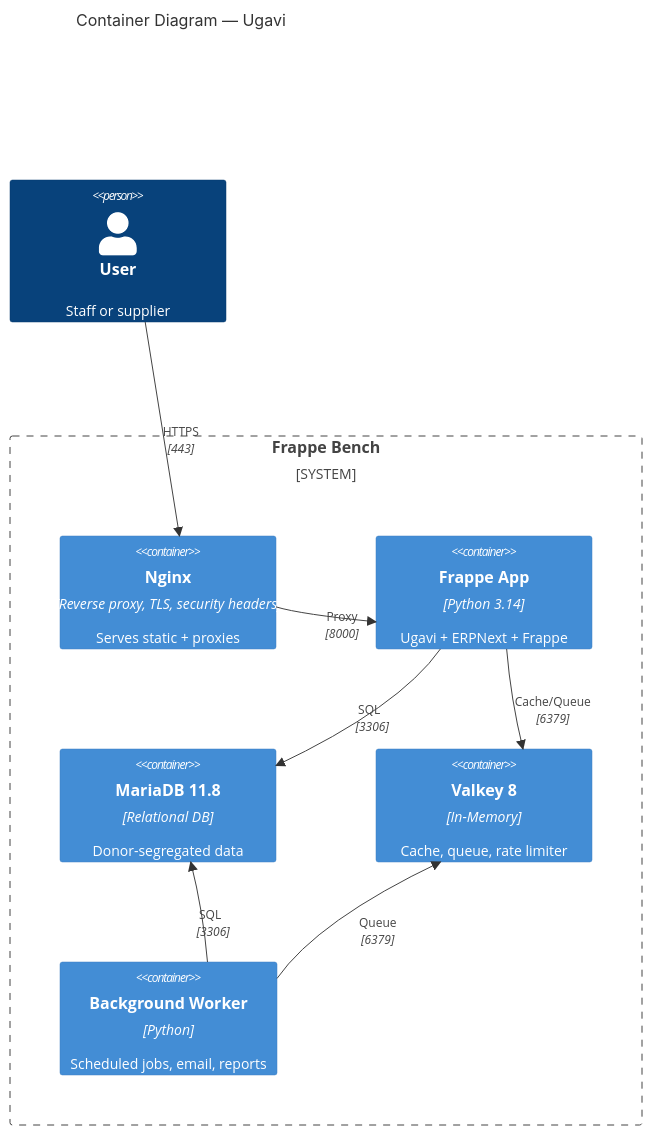
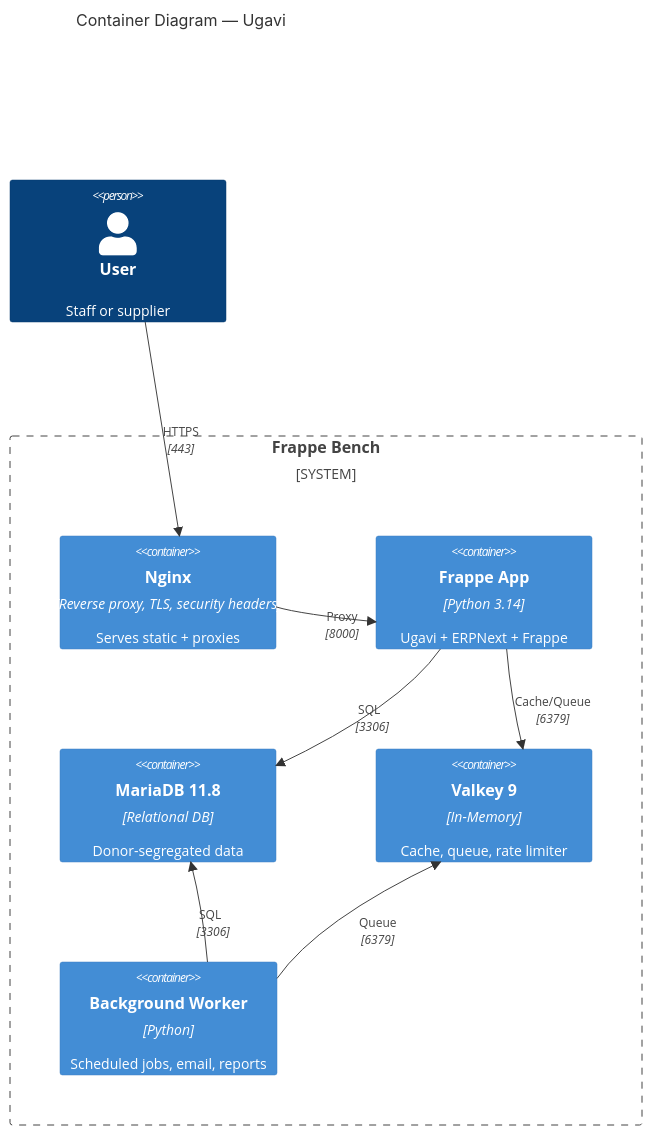
The second of 3 diagrams in docs/ARCHITECTURE-C4.md (ezekielmogaka/ugavi), drawn with Mermaid before and after one commit. The commit also changed 50 other files, not shown here.

````diff
--- a/docs/ARCHITECTURE-C4.md
+++ b/docs/ARCHITECTURE-C4.md
@@ -30,21 +30,21 @@
 ```mermaid
 C4Container
     title Container Diagram — Ugavi
 
     Person(user, "User", "Staff or supplier")
 
     System_Boundary(platform, "Frappe Bench") {
         Container(nginx, "Nginx", "Reverse proxy, TLS, security headers", "Serves static + proxies")
         Container(frappe_app, "Frappe App", "Python 3.14", "Ugavi + ERPNext + Frappe")
         Container(mariadb, "MariaDB 11.8", "Relational DB", "Donor-segregated data")
-        Container(valkey, "Valkey 8", "In-Memory", "Cache, queue, rate limiter")
+        Container(valkey, "Valkey 9", "In-Memory", "Cache, queue, rate limiter")
         Container(worker, "Background Worker", "Python", "Scheduled jobs, email, reports")
     }
 
     Rel(user, nginx, "HTTPS", "443")
     Rel(nginx, frappe_app, "Proxy", "8000")
     Rel(frappe_app, mariadb, "SQL", "3306")
     Rel(frappe_app, valkey, "Cache/Queue", "6379")
     Rel(worker, mariadb, "SQL", "3306")
     Rel(worker, valkey, "Queue", "6379")
 ```
````
